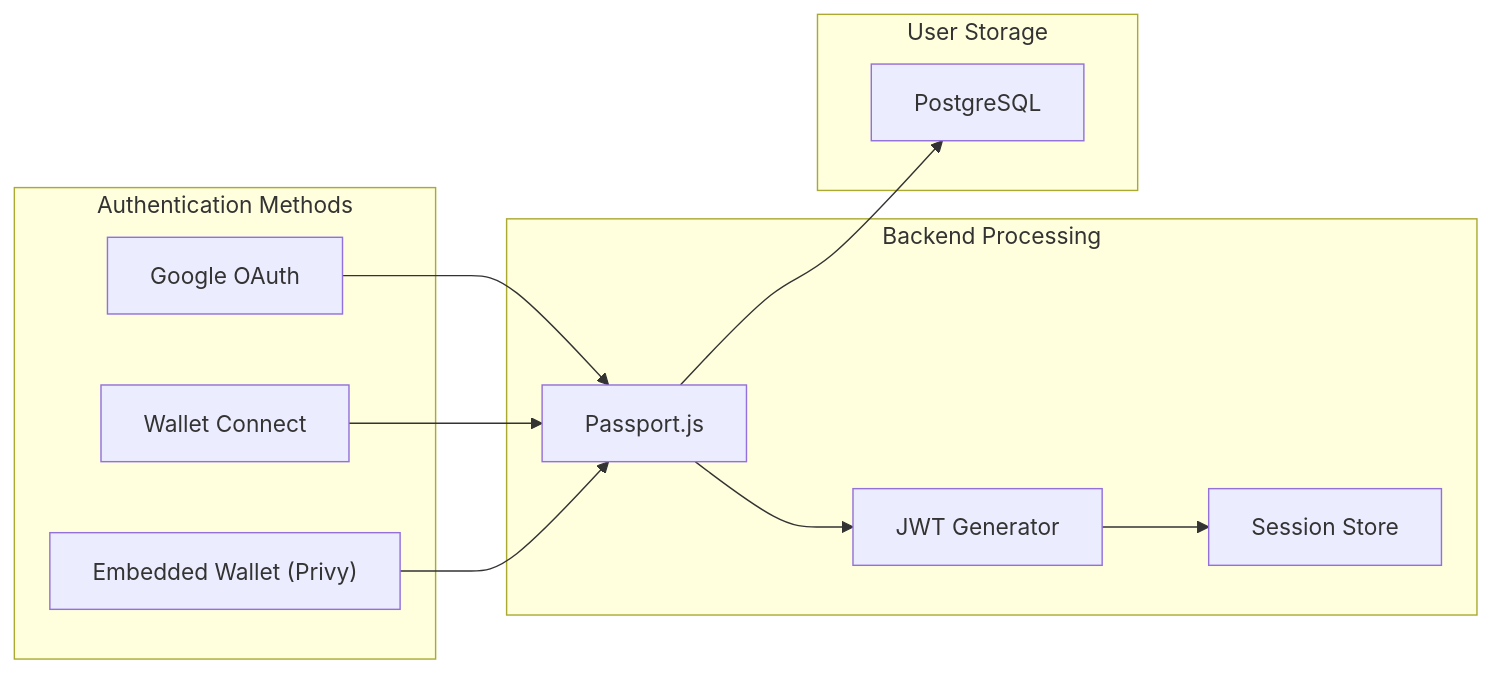
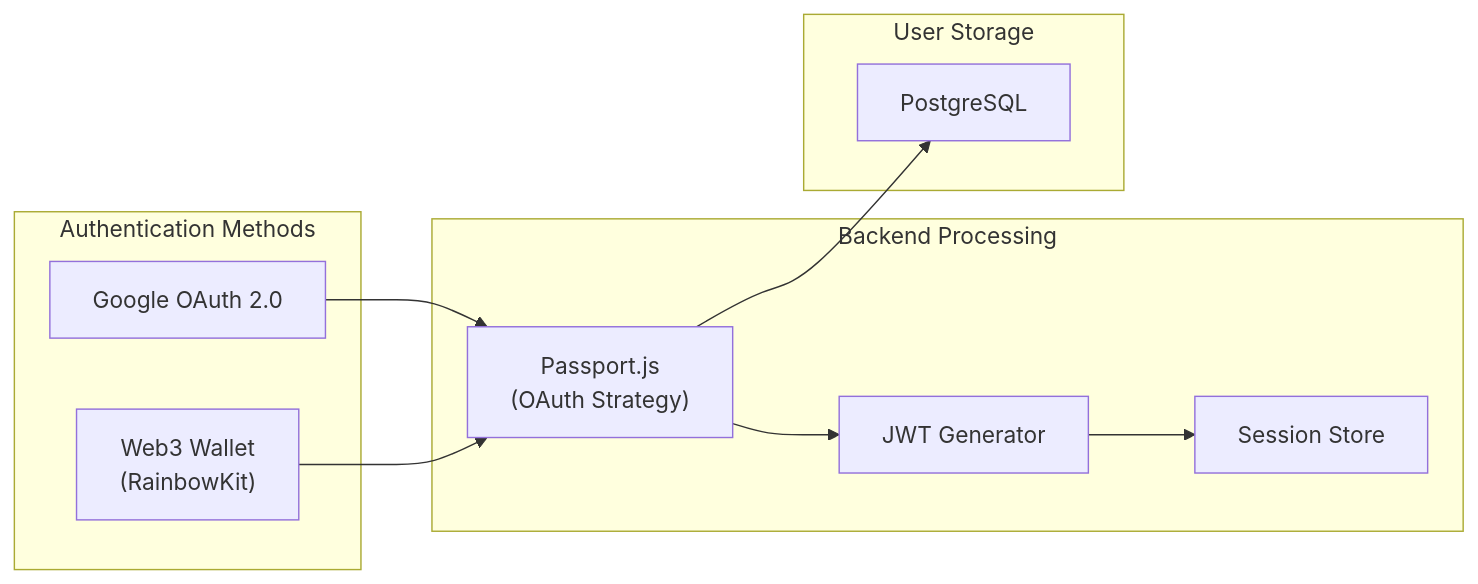
One commit to CrowdFUNding-Base/SC changed the sixth of 12 diagrams in pitching/architecture/data-flow.md. Above: the diagram before and after it, drawn with Mermaid. The commit also changed other lines of this file and 10 other files, not shown here.

````diff
--- a/pitching/architecture/data-flow.md
+++ b/pitching/architecture/data-flow.md
@@ -222,25 +224,23 @@
 ```mermaid
 flowchart LR
     subgraph Methods["Authentication Methods"]
-        Google["Google OAuth"]
-        Wallet["Wallet Connect"]
-        Embedded["Embedded Wallet (Privy)"]
+        Google["Google OAuth 2.0"]
+        Wallet["Web3 Wallet\n(RainbowKit)"]
     end
 
     subgraph Backend["Backend Processing"]
-        Passport["Passport.js"]
+        Passport["Passport.js\n(OAuth Strategy)"]
         JWT["JWT Generator"]
         Session["Session Store"]
     end
 
     subgraph Storage["User Storage"]
         PostgreSQL["PostgreSQL"]
     end
 
     Google --> Passport
     Wallet --> Passport
-    Embedded --> Passport
     Passport --> JWT
     JWT --> Session
     Passport --> PostgreSQL
 ```
````
